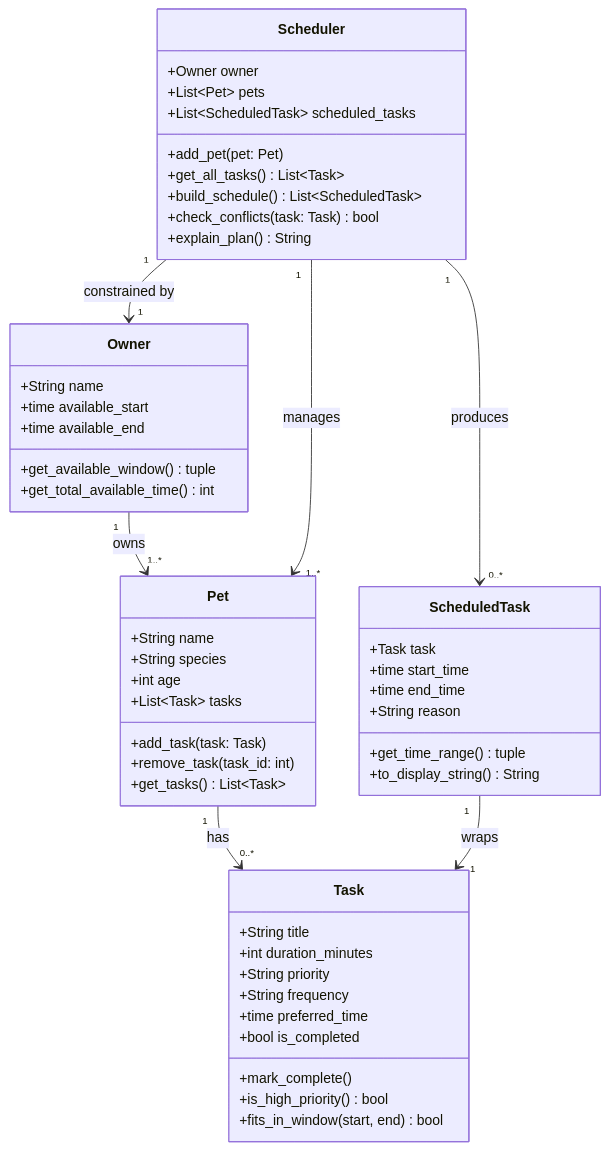
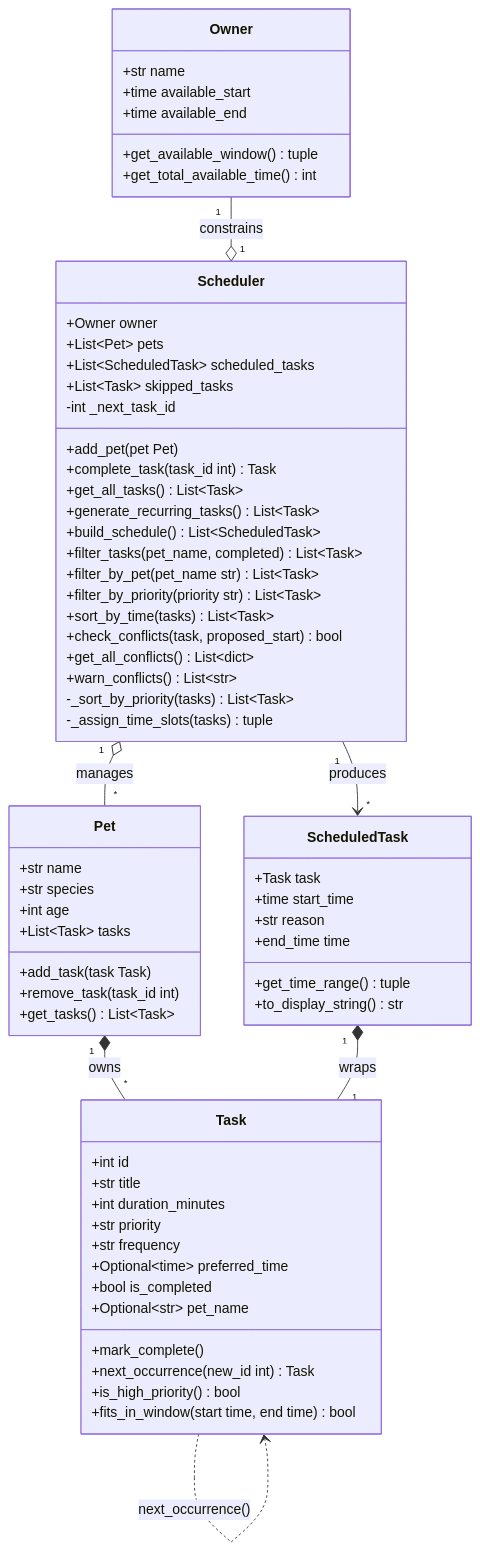
The diagram in class_diagram.md (gado-j/ai110-module2show-pawpal-starter), drawn with Mermaid before and after one commit. The commit also changed other lines of this file and 5 other files, not shown here.

First line of the commit message:
chore: commit updated app, diagrams, reflection, and screenshots

````diff
--- a/class_diagram.md
+++ b/class_diagram.md
@@ -1,59 +1,73 @@
 ```mermaid
 classDiagram
     class Owner {
-        +String name
+        +str name
         +time available_start
         +time available_end
         +get_available_window() tuple
         +get_total_available_time() int
     }
 
     class Pet {
-        +String name
-        +String species
+        +str name
+        +str species
         +int age
         +List~Task~ tasks
-        +add_task(task: Task)
-        +remove_task(task_id: int)
+        +add_task(task Task)
+        +remove_task(task_id int)
         +get_tasks() List~Task~
     }
 
     class Task {
-        +String title
+        +int id
+        +str title
         +int duration_minutes
-        +String priority
-        +String frequency
-        +time preferred_time
+        +str priority
+        +str frequency
+        +Optional~time~ preferred_time
         +bool is_completed
+        +Optional~str~ pet_name
         +mark_complete()
+        +next_occurrence(new_id int) Task
         +is_high_priority() bool
-        +fits_in_window(start, end) bool
+        +fits_in_window(start time, end time) bool
+    }
+
+    class ScheduledTask {
+        +Task task
+        +time start_time
+        +str reason
+        +end_time time
+        +get_time_range() tuple
+        +to_display_string() str
     }
 
     class Scheduler {
         +Owner owner
         +List~Pet~ pets
         +List~ScheduledTask~ scheduled_tasks
-        +add_pet(pet: Pet)
+        +List~Task~ skipped_tasks
+        -int _next_task_id
+        +add_pet(pet Pet)
+        +complete_task(task_id int) Task
         +get_all_tasks() List~Task~
+        +generate_recurring_tasks() List~Task~
         +build_schedule() List~ScheduledTask~
-        +check_conflicts(task: Task) bool
-        +explain_plan() String
+        +filter_tasks(pet_name, completed) List~Task~
+        +filter_by_pet(pet_name str) List~Task~
+        +filter_by_priority(priority str) List~Task~
+        +sort_by_time(tasks) List~Task~
+        +check_conflicts(task, proposed_start) bool
+        +get_all_conflicts() List~dict~
+        +warn_conflicts() List~str~
+        -_sort_by_priority(tasks) List~Task~
+        -_assign_time_slots(tasks) tuple
     }
 
-    class ScheduledTask {
-        +Task task
-        +time start_time
-        +time end_time
-        +String reason
-        +get_time_range() tuple
-        +to_display_string() String
-    }
-
-    Owner "1" --> "1..*" Pet : owns
-    Pet "1" --> "0..*" Task : has
-    Scheduler "1" --> "1" Owner : constrained by
-    Scheduler "1" --> "1..*" Pet : manages
-    Scheduler "1" --> "0..*" ScheduledTask : produces
-    ScheduledTask "1" --> "1" Task : wraps
+    Owner "1" --o "1" Scheduler : constrains
+    Scheduler "1" o-- "*" Pet : manages
+    Pet "1" *-- "*" Task : owns
+    Scheduler "1" --> "*" ScheduledTask : produces
+    ScheduledTask "1" *-- "1" Task : wraps
+    Task ..> Task : next_occurrence()
 ```
````
